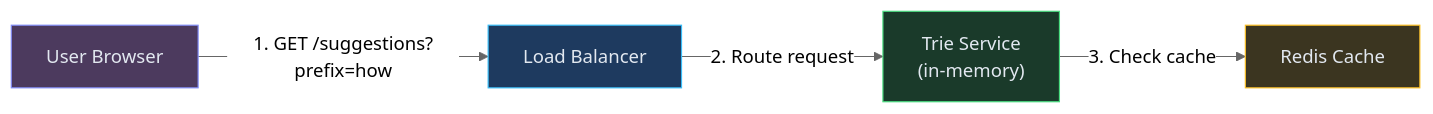
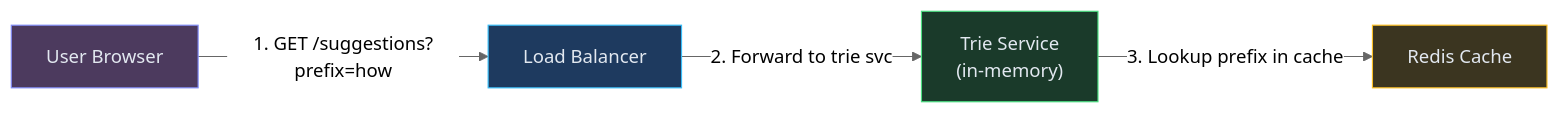
One commit to iluzn/HLD-Designs changed the second of 8 diagrams in content/hld/SearchAutocomplete.md. Above: the diagram before and after it, drawn with Mermaid (neutral theme). The commit also changed other lines of this file and 27 other files, not shown here.

````diff
--- a/content/hld/SearchAutocomplete.md
+++ b/content/hld/SearchAutocomplete.md
@@ -158,16 +158,16 @@
 ```mermaid
 flowchart LR
     USER["User Browser"]:::client
     LB["Load Balancer"]:::edge
     TRIE["Trie Service<br/>(in-memory)"]:::service
     CACHE["Redis Cache"]:::data
 
     USER -->|"1. GET /suggestions?prefix=how"| LB
-    LB -->|"2. Route request"| TRIE
-    TRIE -->|"3. Check cache"| CACHE
+    LB -->|"2. Forward to trie svc"| TRIE
+    TRIE -->|"3. Lookup prefix in cache"| CACHE
 
     classDef client fill:#4c3a5e,stroke:#818cf8,color:#e2e8f0
     classDef edge fill:#1e3a5f,stroke:#38bdf8,color:#e2e8f0
     classDef service fill:#1a3a2a,stroke:#4ade80,color:#e2e8f0
     classDef data fill:#3b3520,stroke:#fbbf24,color:#e2e8f0
 ```
````
